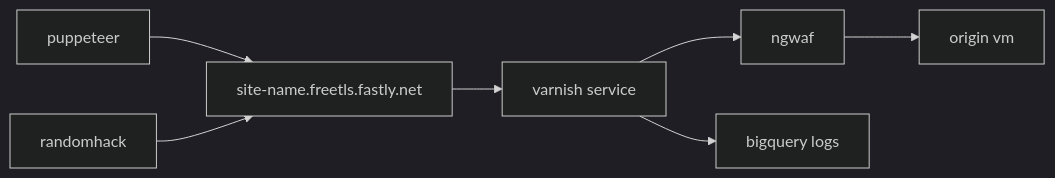
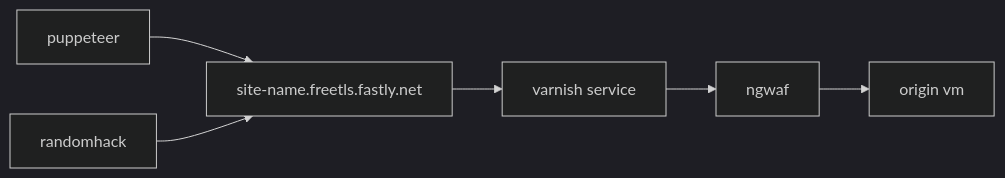
The diagram in README.md (jbartus/fastly-magento2-demo), drawn with Mermaid (dark theme) before and after one commit. The commit also changed other lines of this file and 9 other files, not shown here.

````diff
--- a/README.md
+++ b/README.md
@@ -13,9 +10,8 @@
 ```mermaid
 flowchart LR
   puppeteer --> site[site-name.freetls.fastly.net]
   randomhack --> site
   site --> varnish[varnish service]
   varnish --> ngwaf
   ngwaf --> origin[origin vm]
-  varnish --> bq[bigquery logs]
 ```
````
